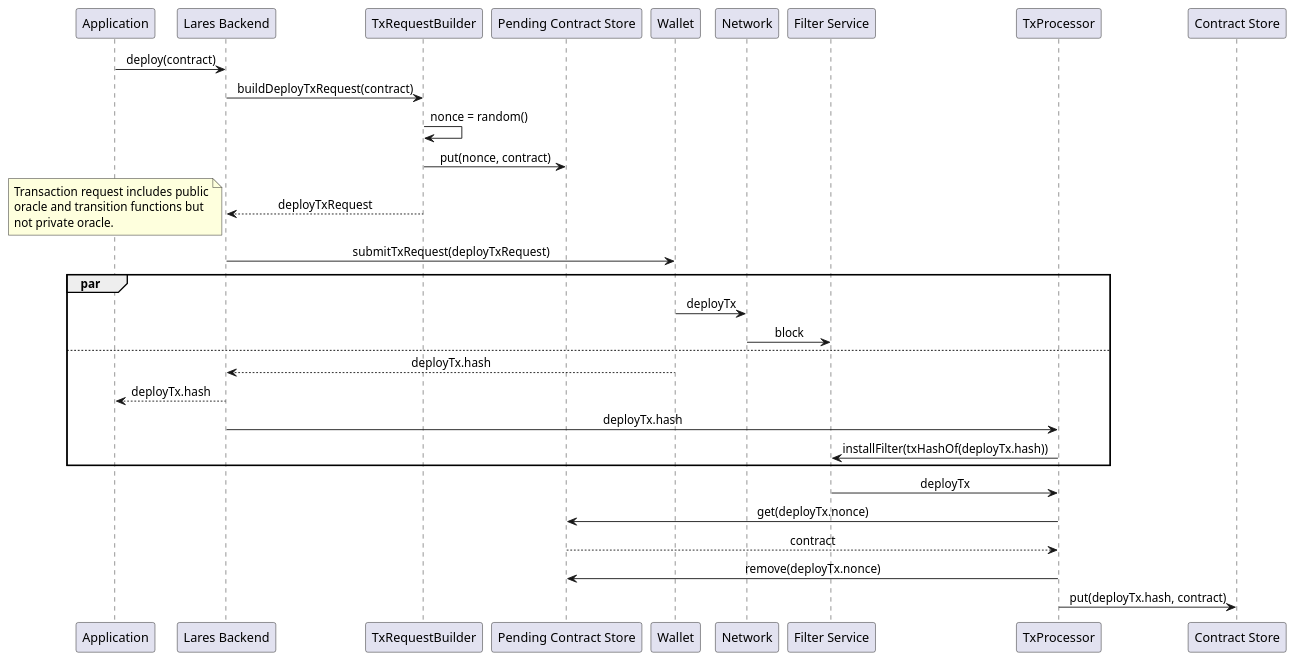
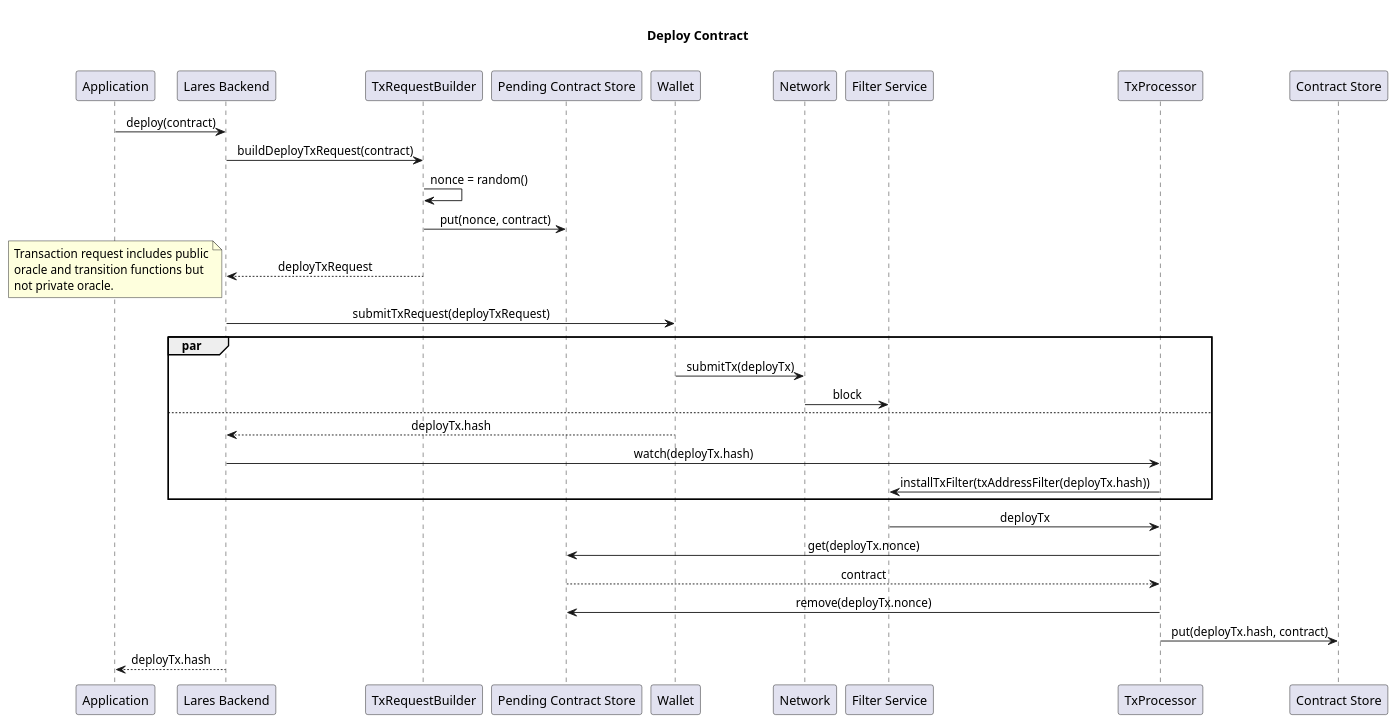
The diagram in components/lares/LaresBackend/lb_deploy.puml (midnightntwrk/midnight-architecture), drawn with PlantUML before and after one commit. The commit also changed 11 other files, not shown here.

```diff
--- a/components/lares/LaresBackend/lb_deploy.puml
+++ b/components/lares/LaresBackend/lb_deploy.puml
@@ -1,30 +1,36 @@
 @startuml Deploy Sequence
 
 skinparam SequenceMessageAlignment center
+
+title
+
+  Deploy Contract
+
+end title
 
 "Application" -> "Lares Backend" : deploy(contract)
 "Lares Backend" -> "TxRequestBuilder" : buildDeployTxRequest(contract)
 "TxRequestBuilder" -> "TxRequestBuilder" : nonce = random()
 "TxRequestBuilder" -> "Pending Contract Store" : put(nonce, contract)
 "TxRequestBuilder" --> "Lares Backend" : deployTxRequest
 note left
 Transaction request includes public
 oracle and transition functions but
 not private oracle.
 end note
 "Lares Backend" -> "Wallet" : submitTxRequest(deployTxRequest)
 par
-  "Wallet" -> "Network" : deployTx
+  "Wallet" -> "Network" : submitTx(deployTx)
   "Network" -> "Filter Service" : block
 else
   "Wallet" --> "Lares Backend" : deployTx.hash
-  "Lares Backend" --> "Application" : deployTx.hash
-  "Lares Backend" -> "TxProcessor" : deployTx.hash
-  "TxProcessor" -> "Filter Service" : installFilter(txHashOf(deployTx.hash))
+  "Lares Backend" -> "TxProcessor" : watch(deployTx.hash)
+  "TxProcessor" -> "Filter Service" : installTxFilter(txAddressFilter(deployTx.hash))
 end
 "Filter Service" -> "TxProcessor" : deployTx
 "TxProcessor" -> "Pending Contract Store" : get(deployTx.nonce)
 "Pending Contract Store" --> "TxProcessor" : contract
 "TxProcessor" -> "Pending Contract Store" : remove(deployTx.nonce)
 "TxProcessor" -> "Contract Store" : put(deployTx.hash, contract)
+"Lares Backend" --> "Application" : deployTx.hash
 @enduml
```
